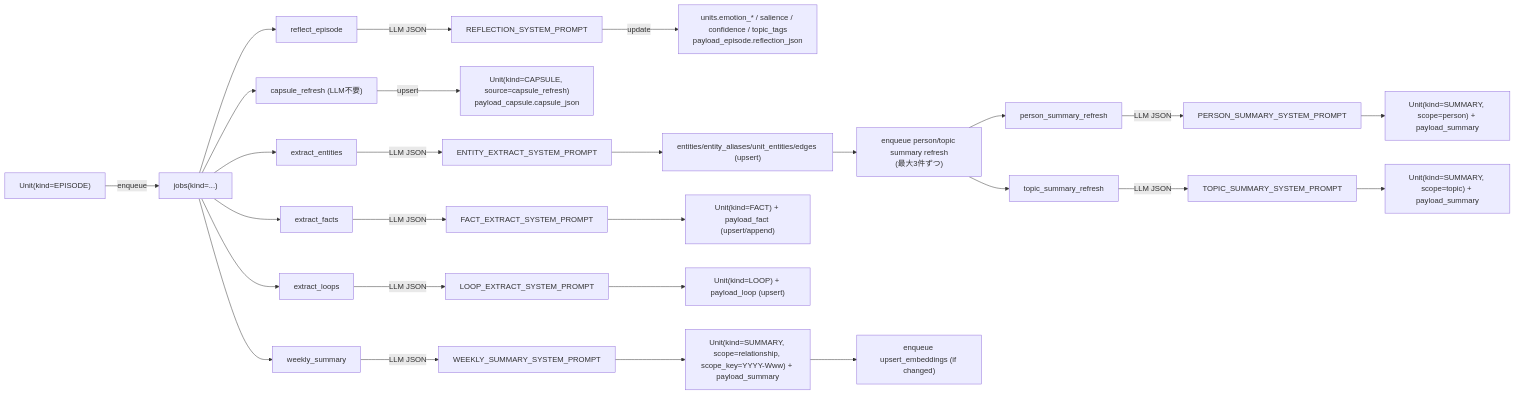
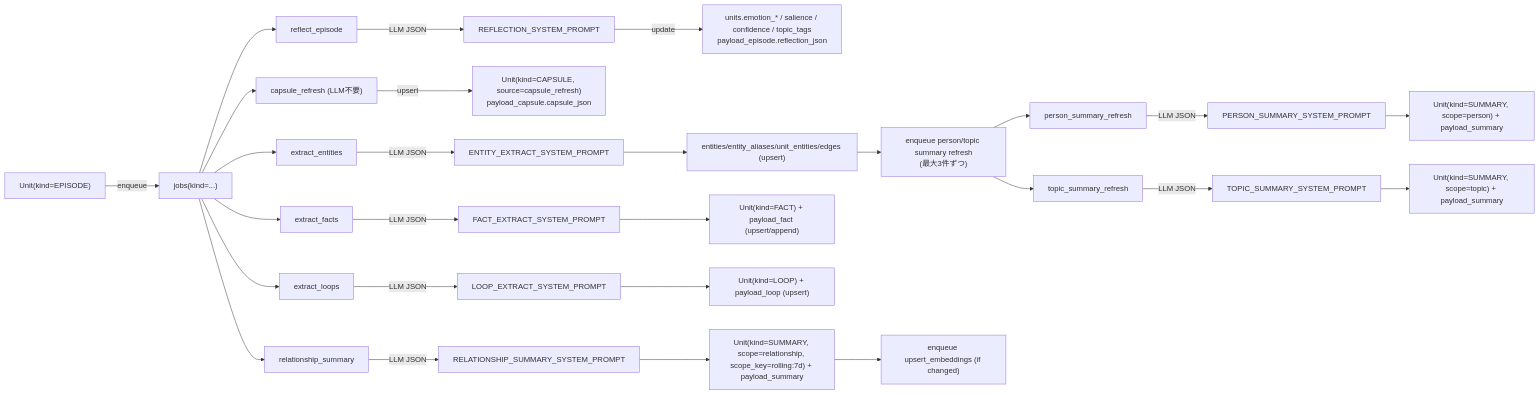
The fourth of 4 diagrams in docs/prompt_usage_map.md (hirona98/cocoro_ghost), drawn with Mermaid before and after one commit. The commit also changed other lines of this file and 9 other files, not shown here.

````diff
--- a/docs/prompt_usage_map.md
+++ b/docs/prompt_usage_map.md
@@ -188,36 +188,36 @@
 ```mermaid
 flowchart LR
   EP["Unit(kind=EPISODE)"] -->|enqueue| J["jobs(kind=...)"]
 
   J --> REFL["reflect_episode"]
   REFL -->|LLM JSON| P1["REFLECTION_SYSTEM_PROMPT"]
   P1 -->|update| U1["units.emotion_* / salience / confidence / topic_tags\npayload_episode.reflection_json"]
   J --> CAPR["capsule_refresh (LLM不要)"]
   CAPR -->|upsert| CAP["Unit(kind=CAPSULE, source=capsule_refresh)\npayload_capsule.capsule_json"]
 
   J --> ENT["extract_entities"]
   ENT -->|LLM JSON| P3["ENTITY_EXTRACT_SYSTEM_PROMPT"]
   P3 --> EDB["entities/entity_aliases/unit_entities/edges (upsert)"]
   EDB --> ENQSUM["enqueue person/topic summary refresh\n(最大3件ずつ)"]
 
   J --> FACT["extract_facts"]
   FACT -->|LLM JSON| P4["FACT_EXTRACT_SYSTEM_PROMPT"]
   P4 --> FDB["Unit(kind=FACT) + payload_fact (upsert/append)"]
 
   J --> LOOP["extract_loops"]
   LOOP -->|LLM JSON| P5["LOOP_EXTRACT_SYSTEM_PROMPT"]
   P5 --> LDB["Unit(kind=LOOP) + payload_loop (upsert)"]
 
   ENQSUM --> PERS["person_summary_refresh"]
   PERS -->|LLM JSON| P6["PERSON_SUMMARY_SYSTEM_PROMPT"]
   P6 --> S1["Unit(kind=SUMMARY, scope=person) + payload_summary"]
 
   ENQSUM --> TOP["topic_summary_refresh"]
   TOP -->|LLM JSON| P7["TOPIC_SUMMARY_SYSTEM_PROMPT"]
   P7 --> S2["Unit(kind=SUMMARY, scope=topic) + payload_summary"]
 
-  J --> WS["weekly_summary"]
-  WS -->|LLM JSON| P8["WEEKLY_SUMMARY_SYSTEM_PROMPT"]
-  P8 --> S3["Unit(kind=SUMMARY, scope=relationship, scope_key=YYYY-Www) + payload_summary"]
+  J --> WS["relationship_summary"]
+  WS -->|LLM JSON| P8["RELATIONSHIP_SUMMARY_SYSTEM_PROMPT"]
+  P8 --> S3["Unit(kind=SUMMARY, scope=relationship, scope_key=rolling:7d) + payload_summary"]
   S3 --> EMB2["enqueue upsert_embeddings (if changed)"]
 ```
````
